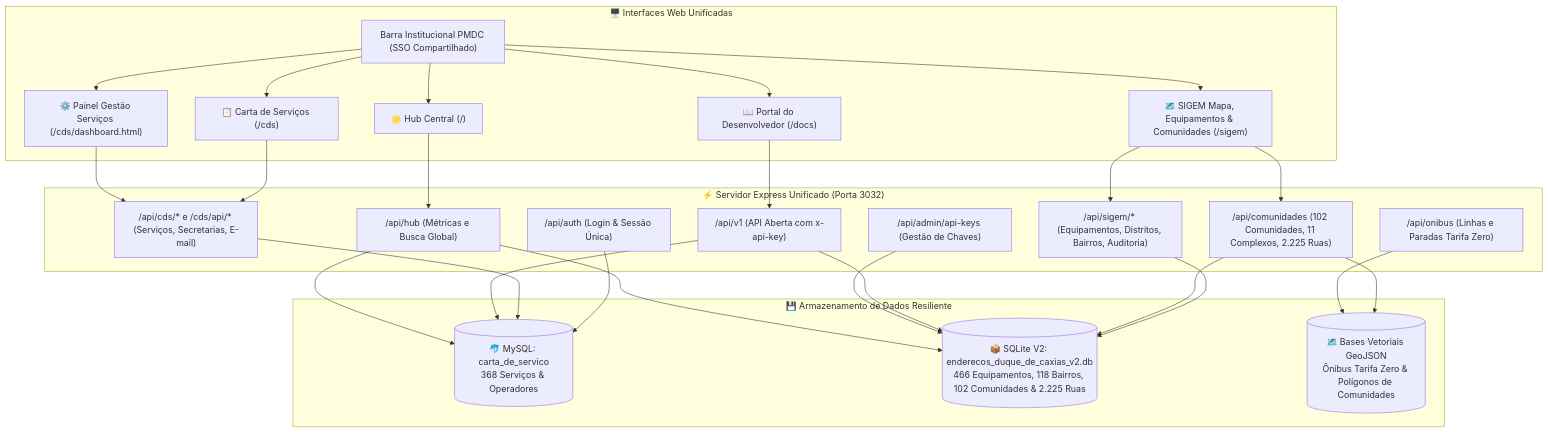
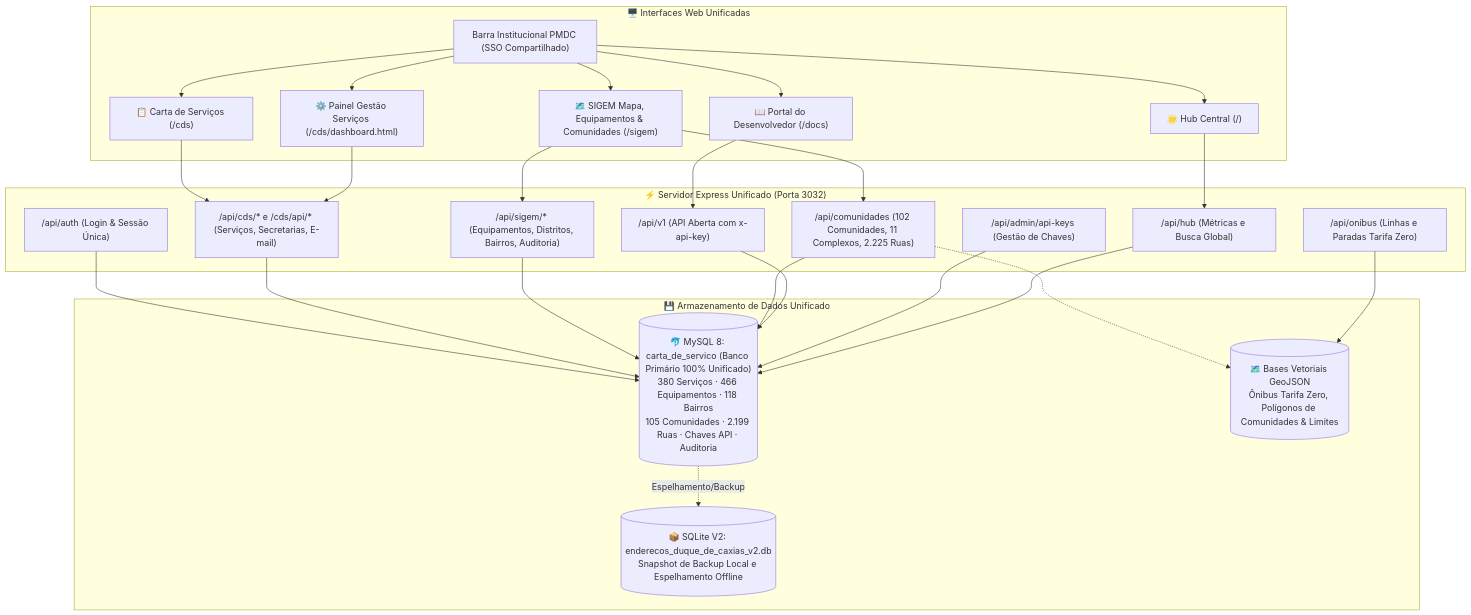
Before and after one commit to ouvidoriag/gse: the diagram in README.md, drawn with Mermaid. The commit also changed 67 other files, not shown here.

````diff
--- a/README.md
+++ b/README.md
@@ -22,53 +22,52 @@
 ```mermaid
 flowchart TD
     subgraph Frontend["🖥️ Interfaces Web Unificadas"]
         TopNav["Barra Institucional PMDC (SSO Compartilhado)"]
         Hub["🌟 Hub Central (/)"]
         CDS_Cidadao["📋 Carta de Serviços (/cds)"]
         CDS_Admin["⚙️ Painel Gestão Serviços (/cds/dashboard.html)"]
         SIGEM_GIS["🗺️ SIGEM Mapa, Equipamentos & Comunidades (/sigem)"]
         Docs_Dev["📖 Portal do Desenvolvedor (/docs)"]
     end
 
     subgraph Backend["⚡ Servidor Express Unificado (Porta 3032)"]
         RouterAuth["/api/auth (Login & Sessão Única)"]
         RouterHub["/api/hub (Métricas e Busca Global)"]
         RouterCDS["/api/cds/* e /cds/api/* (Serviços, Secretarias, E-mail)"]
         RouterSIGEM["/api/sigem/* (Equipamentos, Distritos, Bairros, Auditoria)"]
         RouterComunidades["/api/comunidades (102 Comunidades, 11 Complexos, 2.225 Ruas)"]
         RouterOnibus["/api/onibus (Linhas e Paradas Tarifa Zero)"]
         RouterExtAPI["/api/v1 (API Aberta com x-api-key)"]
         RouterKeys["/api/admin/api-keys (Gestão de Chaves)"]
     end
 
-    subgraph Databases["💾 Armazenamento de Dados Resiliente"]
-        MySQL[("🐬 MySQL: carta_de_servico<br>368 Serviços & Operadores")]
-        SQLite[("📦 SQLite V2: enderecos_duque_de_caxias_v2.db<br>466 Equipamentos, 118 Bairros, 102 Comunidades & 2.225 Ruas")]
-        GeoJSON[("🗺️ Bases Vetoriais GeoJSON<br>Ônibus Tarifa Zero & Polígonos de Comunidades")]
+    subgraph Databases["💾 Armazenamento de Dados Unificado"]
+        MySQL[("🐬 MySQL 8: carta_de_servico (Banco Primário 100% Unificado)<br>380 Serviços · 466 Equipamentos · 118 Bairros<br>105 Comunidades · 2.199 Ruas · Chaves API · Auditoria")]
+        SQLite[("📦 SQLite V2: enderecos_duque_de_caxias_v2.db<br>Snapshot de Backup Local e Espelhamento Offline")]
+        GeoJSON[("🗺️ Bases Vetoriais GeoJSON<br>Ônibus Tarifa Zero, Polígonos de Comunidades & Limites")]
     end
 
     TopNav --> Hub
     TopNav --> CDS_Cidadao
     TopNav --> CDS_Admin
     TopNav --> SIGEM_GIS
     TopNav --> Docs_Dev
 
     Hub --> RouterHub
     CDS_Cidadao --> RouterCDS
     CDS_Admin --> RouterCDS
     SIGEM_GIS --> RouterSIGEM
     SIGEM_GIS --> RouterComunidades
     Docs_Dev --> RouterExtAPI
 
     RouterAuth --> MySQL
     RouterCDS --> MySQL
-    RouterSIGEM --> SQLite
-    RouterComunidades --> SQLite
-    RouterComunidades --> GeoJSON
+    RouterSIGEM --> MySQL
+    RouterComunidades --> MySQL
+    RouterComunidades -.-> GeoJSON
     RouterOnibus --> GeoJSON
     RouterExtAPI --> MySQL
-    RouterExtAPI --> SQLite
-    RouterKeys --> SQLite
+    RouterKeys --> MySQL
     RouterHub --> MySQL
-    RouterHub --> SQLite
+    MySQL -.->|Espelhamento/Backup| SQLite
 ```
````
